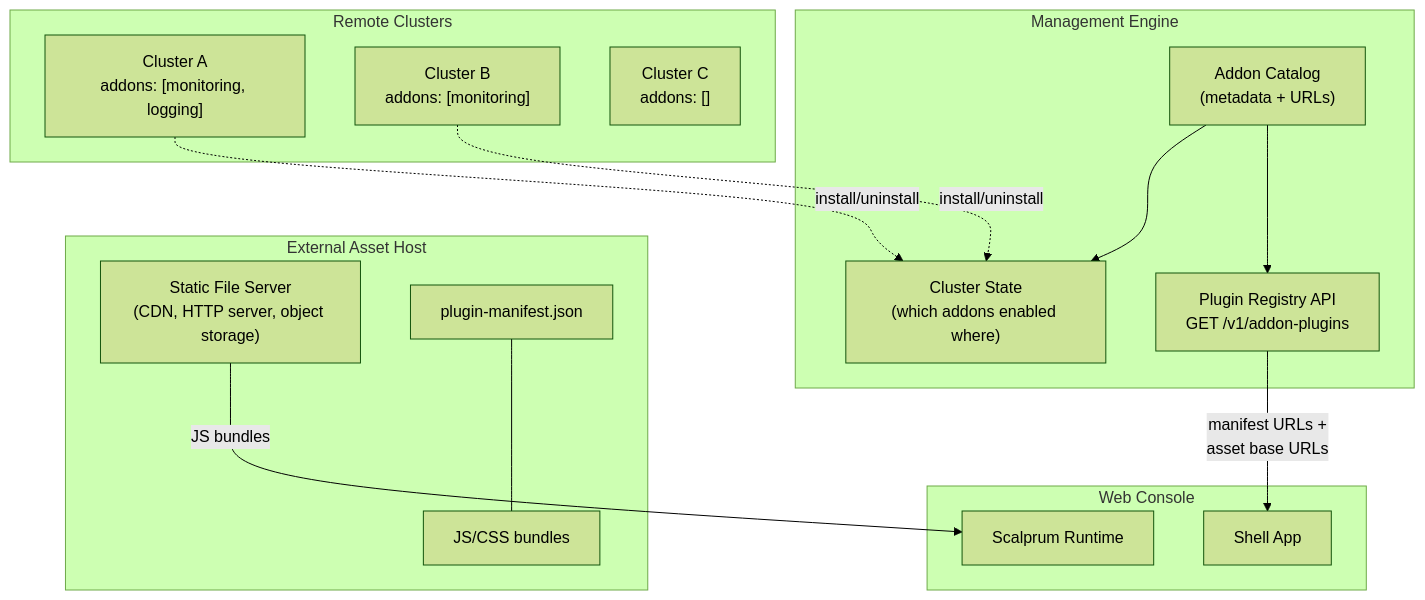
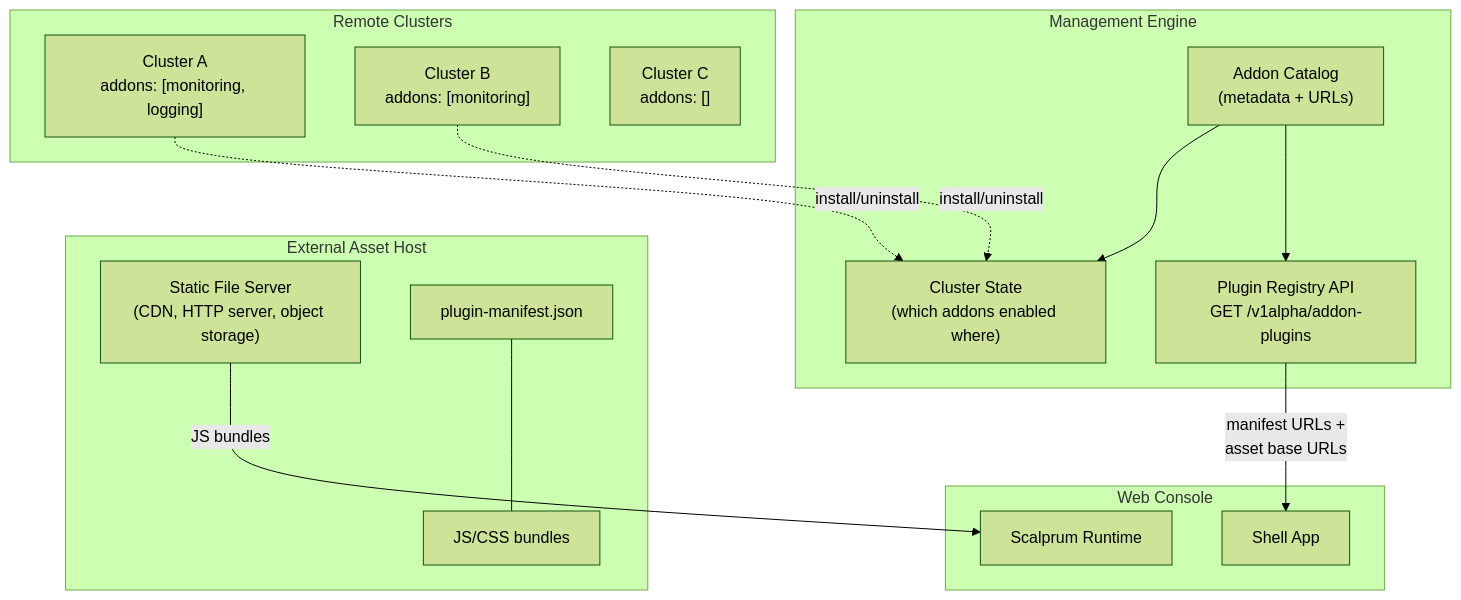
The second of 11 diagrams in docs/design/addon-ui-architecture.md (fleetshift/fleetshift-poc), drawn with Mermaid (forest theme) before and after one commit. The commit also changed other lines of this file and 1079 other files, not shown here.

````diff
--- a/docs/design/addon-ui-architecture.md
+++ b/docs/design/addon-ui-architecture.md
@@ -190,35 +190,35 @@
 ```mermaid
 graph TD
     subgraph Engine["Management Engine"]
         CAT["Addon Catalog<br/>(metadata + URLs)"]
         STATE["Cluster State<br/>(which addons enabled where)"]
-        API["Plugin Registry API<br/>GET /v1/addon-plugins"]
+        API["Plugin Registry API<br/>GET /v1alpha/addon-plugins"]
 
         CAT --> STATE
         CAT --> API
     end
 
     subgraph AssetHost["External Asset Host"]
         CDN["Static File Server<br/>(CDN, HTTP server, object storage)"]
         MANIFEST["plugin-manifest.json"]
         JS["JS/CSS bundles"]
 
         MANIFEST --- JS
     end
 
     subgraph Clusters["Remote Clusters"]
         C1["Cluster A<br/>addons: [monitoring, logging]"]
         C2["Cluster B<br/>addons: [monitoring]"]
         C3["Cluster C<br/>addons: []"]
     end
 
     subgraph Browser["Web Console"]
         SHELL["Shell App"]
         SCALPRUM["Scalprum Runtime"]
     end
 
     API -->|"manifest URLs +<br/>asset base URLs"| SHELL
     CDN -->|"JS bundles"| SCALPRUM
     C1 -.->|"install/uninstall"| STATE
     C2 -.->|"install/uninstall"| STATE
 ```
````
